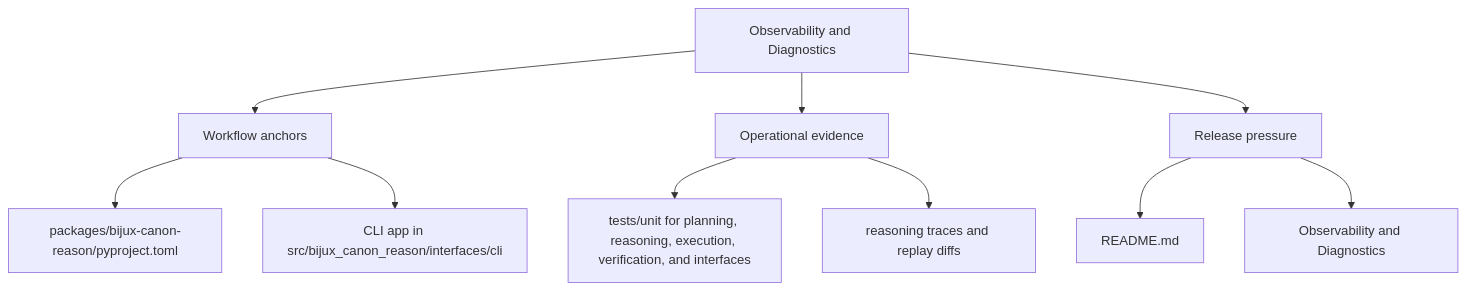
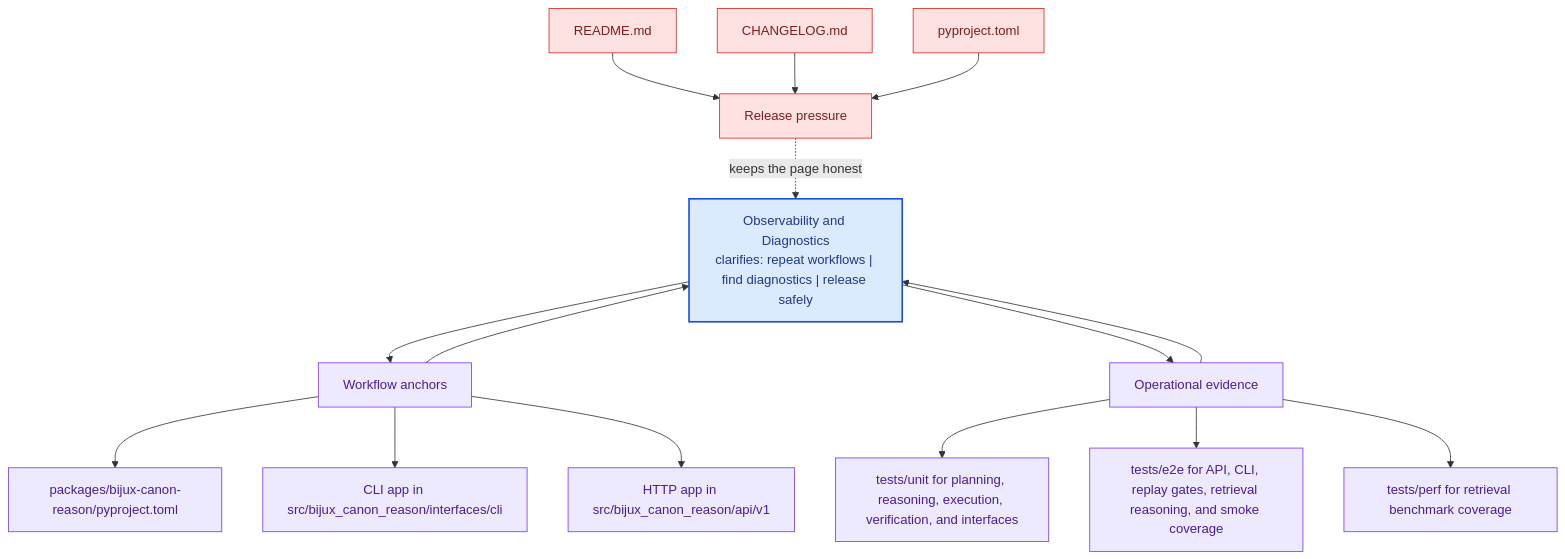
Before and after one commit to bijux/bijux-canon: the second of 2 diagrams in docs/bijux-canon-reason/operations/observability-and-diagnostics.md, drawn with Mermaid. The commit also changed other lines of this file and 281 other files, not shown here.

Commit message:
docs(diagrams): deepen handbook mermaid maps across the catalog

````diff
--- a/docs/bijux-canon-reason/operations/observability-and-diagnostics.md
+++ b/docs/bijux-canon-reason/operations/observability-and-diagnostics.md
@@ -33,22 +66,41 @@
 ```mermaid
-flowchart TD
-    page["Observability and Diagnostics"]
+flowchart TB
+    promise["Observability and Diagnostics<br/>clarifies: repeat workflows | find diagnostics | release safely"]
+    classDef promise fill:#dbeafe,stroke:#1d4ed8,color:#1e3a8a,stroke-width:2px;
+    classDef driver fill:#dcfce7,stroke:#16a34a,color:#14532d;
+    classDef constraint fill:#fee2e2,stroke:#dc2626,color:#7f1d1d;
+    classDef ground fill:#ede9fe,stroke:#7c3aed,color:#4c1d95;
     focus1["Workflow anchors"]
-    page --> focus1
+    focus1 --> promise
+    promise --> focus1
     focus1_1["packages/bijux-canon-reason/pyproject.toml"]
     focus1 --> focus1_1
     focus1_2["CLI app in src/bijux_canon_reason/interfaces/cli"]
     focus1 --> focus1_2
+    focus1_3["HTTP app in src/bijux_canon_reason/api/v1"]
+    focus1 --> focus1_3
+    class focus1 ground;
+    class focus1_1,focus1_2,focus1_3 ground;
     focus2["Operational evidence"]
-    page --> focus2
+    focus2 --> promise
+    promise --> focus2
     focus2_1["tests/unit for planning, reasoning, execution, verification, and interfaces"]
     focus2 --> focus2_1
-    focus2_2["reasoning traces and replay diffs"]
+    focus2_2["tests/e2e for API, CLI, replay gates, retrieval reasoning, and smoke coverage"]
     focus2 --> focus2_2
+    focus2_3["tests/perf for retrieval benchmark coverage"]
+    focus2 --> focus2_3
+    class focus2 ground;
+    class focus2_1,focus2_2,focus2_3 ground;
     focus3["Release pressure"]
-    page --> focus3
+    focus3 -.keeps the page honest.-> promise
     focus3_1["README.md"]
-    focus3 --> focus3_1
-    focus3_2["Observability and Diagnostics"]
-    focus3 --> focus3_2
+    focus3_1 --> focus3
+    focus3_2["CHANGELOG.md"]
+    focus3_2 --> focus3
+    focus3_3["pyproject.toml"]
+    focus3_3 --> focus3
+    class focus3 constraint;
+    class focus3_1,focus3_2,focus3_3 constraint;
+    class promise promise;
 ```
````
